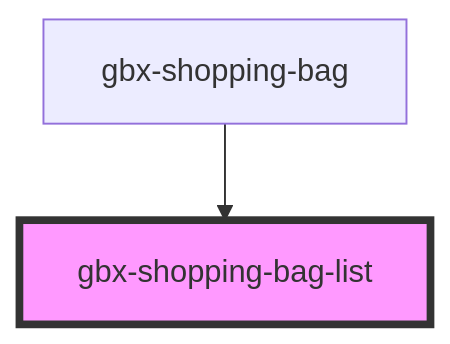
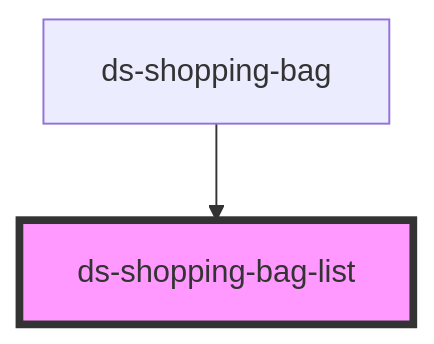
One commit to jezoock/dot-stash changed the diagram in components/advanced/shopping-bag/shopping-bag-list/readme.md. Above: the diagram before and after it, drawn with Mermaid. The commit also changed other lines of this file and 198 other files, not shown here.

````diff
--- a/components/advanced/shopping-bag/shopping-bag-list/readme.md
+++ b/components/advanced/shopping-bag/shopping-bag-list/readme.md
@@ -29,5 +29,5 @@
 ```mermaid
 graph TD;
-  gbx-shopping-bag --> gbx-shopping-bag-list
-  style gbx-shopping-bag-list fill:#f9f,stroke:#333,stroke-width:4px
+  ds-shopping-bag --> ds-shopping-bag-list
+  style ds-shopping-bag-list fill:#f9f,stroke:#333,stroke-width:4px
 ```
````
